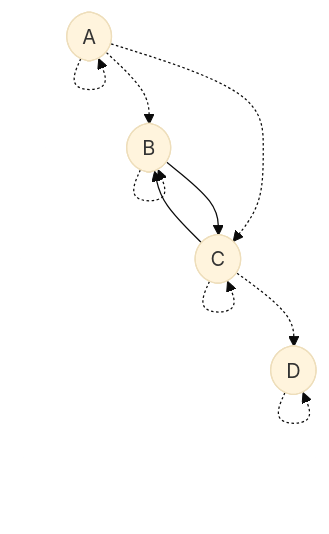
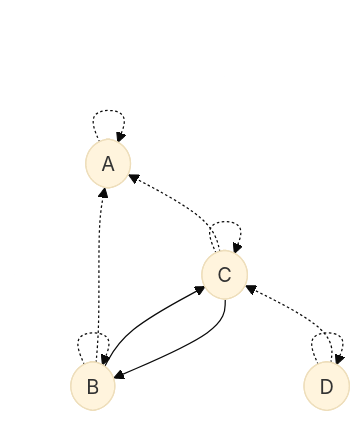
Before and after one commit to stepchowfun/proofs: the fifth of 14 diagrams in proofs/AdmissibilityGraph/README.md, drawn with Mermaid (base theme). The commit also changed other lines of this file and 5 other files, not shown here.

Commit message:
Flip the direction of the parent-child edges in the admissibility graph development

````diff
--- a/proofs/AdmissibilityGraph/README.md
+++ b/proofs/AdmissibilityGraph/README.md
@@ -136,19 +136,20 @@
 ```mermaid
-flowchart TD
+flowchart BT
   a([A])
   b([B])
   c([C])
   d([D])
 
   a -.-> a
   b -.-> b
   c -.-> c
-  d -.-> d
-
-  a -.-> b
-  a -.-> c
-  c -.-> d
+  
+  b -.-> a
+  c -.-> a
 
   b --> c
   c --> b
+
+  d -.-> d
+  d -.-> c
 ```
````
